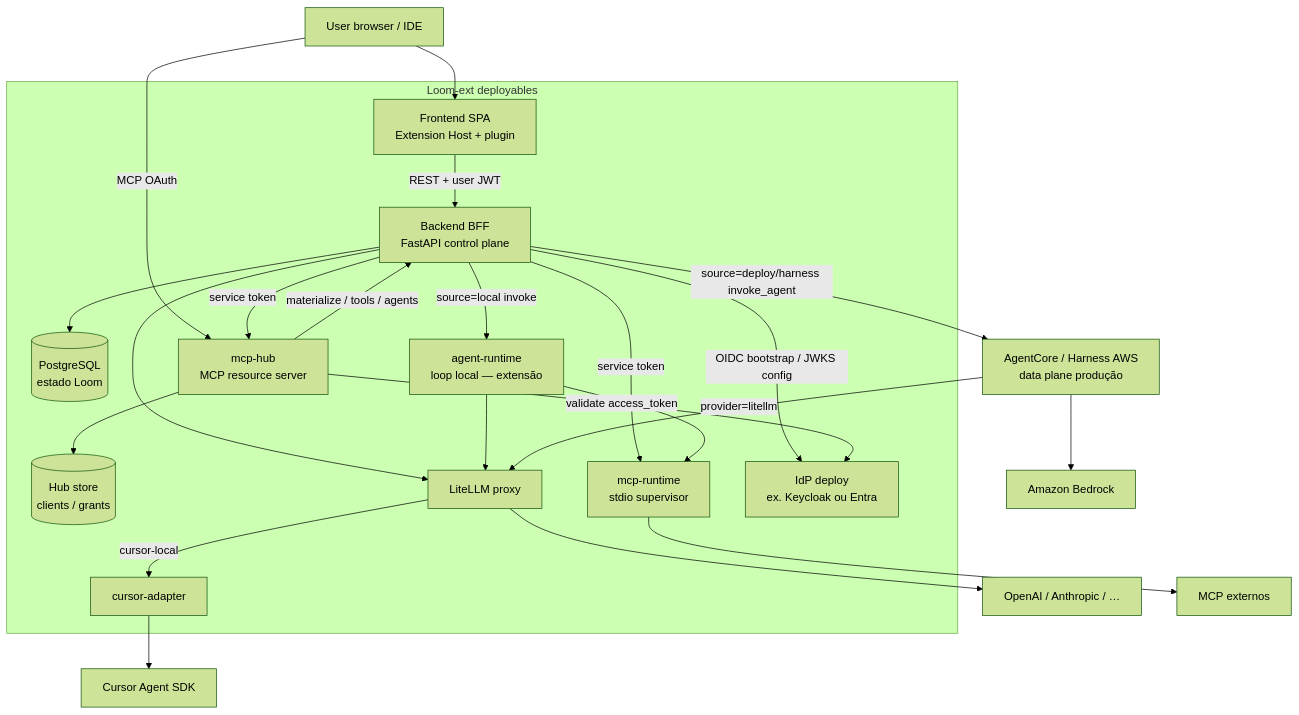
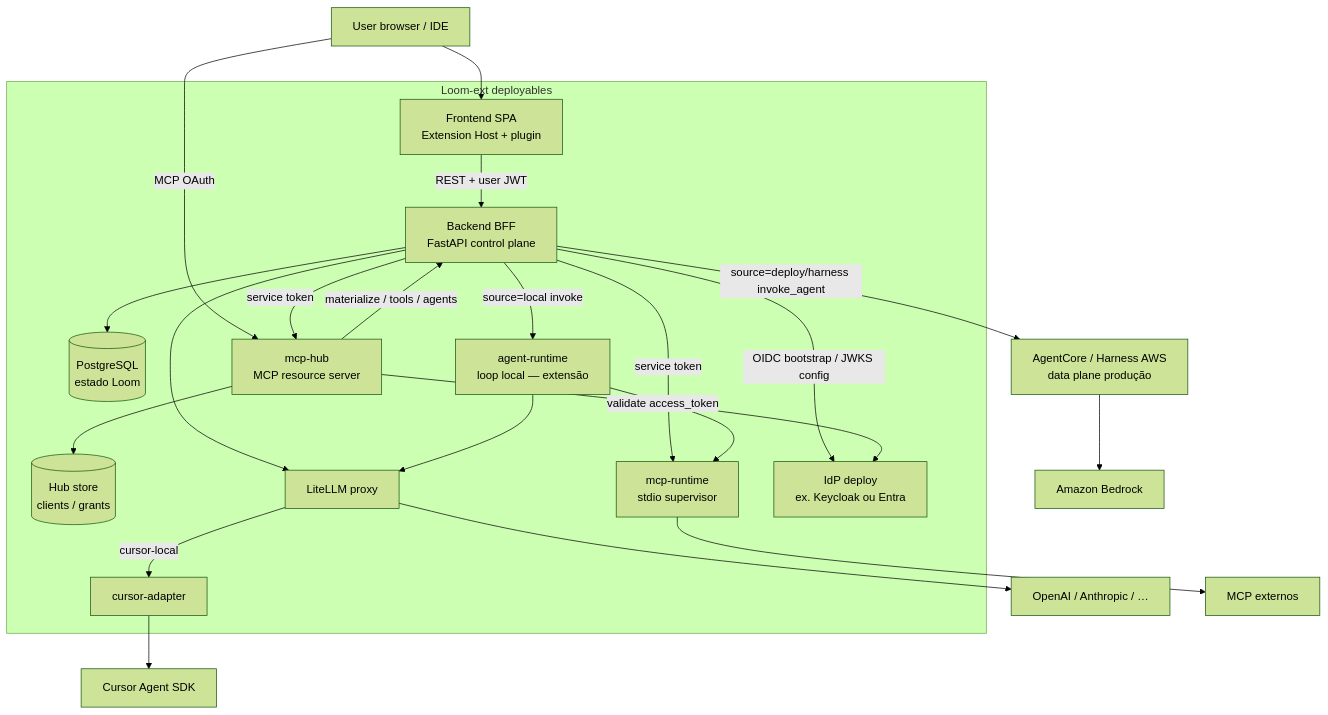
The second of 8 diagrams in local-runtime/docs/guide/architecture.md (awslabs/loom), drawn with Mermaid (forest theme) before and after one commit. The commit also changed other lines of this file, not shown here.

First line of the commit message:
docs(architecture): drop AgentCore→LiteLLM edge on L2

````diff
--- a/local-runtime/docs/guide/architecture.md
+++ b/local-runtime/docs/guide/architecture.md
@@ -77,45 +77,44 @@
 ```mermaid
 flowchart TB
   USER[User browser / IDE]
 
   subgraph LoomExt[Loom-ext deployables]
     FE[Frontend SPA<br/>Extension Host + plugin]
     BE[Backend BFF<br/>FastAPI control plane]
     PG[(PostgreSQL<br/>estado Loom)]
     HUB[mcp-hub<br/>MCP resource server]
     HSTORE[(Hub store<br/>clients / grants)]
     MCPR[mcp-runtime<br/>stdio supervisor]
     AR[agent-runtime<br/>loop local — extensão]
     CA[cursor-adapter]
     LL[LiteLLM proxy]
     IDPL[IdP deploy<br/>ex. Keycloak ou Entra]
   end
 
   AC[AgentCore / Harness AWS<br/>data plane produção]
   BR[Amazon Bedrock]
   PROV[OpenAI / Anthropic / …]
   MCPX[MCP externos]
   CURSOR[Cursor Agent SDK]
 
   USER --> FE
   USER -->|MCP OAuth| HUB
   FE -->|REST + user JWT| BE
   BE --> PG
   BE -->|OIDC bootstrap / JWKS config| IDPL
   BE -->|service token| HUB
   BE -->|service token| MCPR
   BE -->|source=local invoke| AR
   BE -->|source=deploy/harness invoke_agent| AC
   BE --> LL
   HUB -->|materialize / tools / agents| BE
   HUB --> HSTORE
   HUB -->|validate access_token| IDPL
   AR --> LL
   AR --> MCPR
   AC --> BR
-  AC -->|provider=litellm| LL
   LL --> PROV
   LL -->|cursor-local| CA
   CA --> CURSOR
   MCPR --> MCPX
 ```
````
